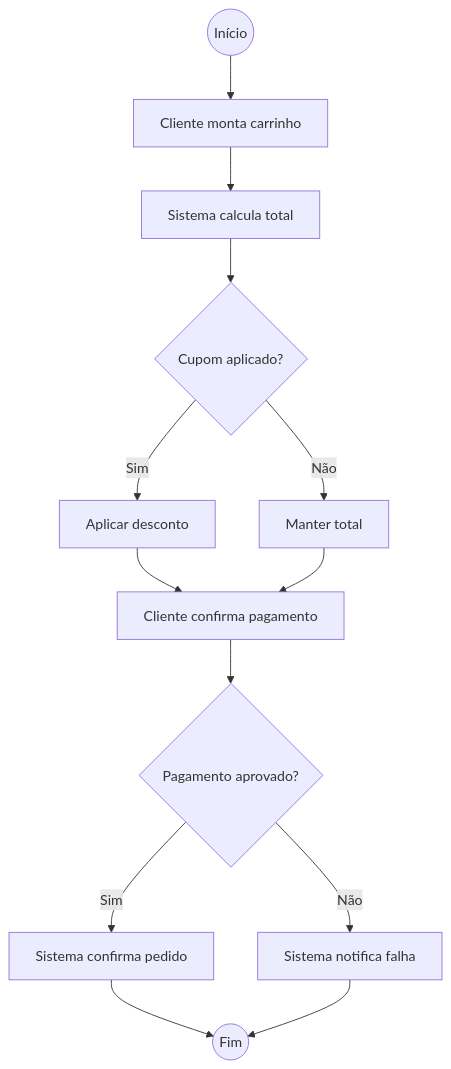
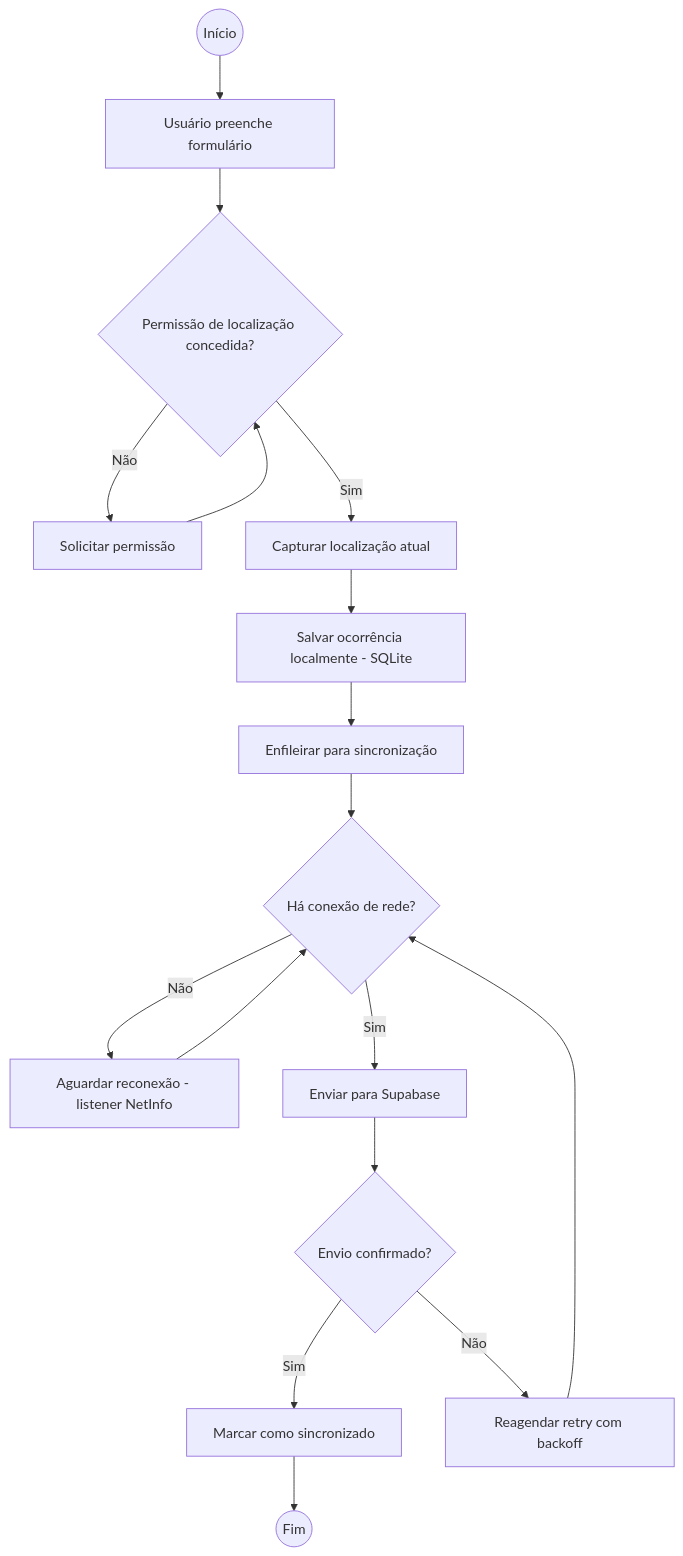
One commit to JpCobraC/SindiFlow changed the ninth of 10 diagrams in agent_tools/SKILL.md. Above: the diagram before and after it, drawn with Mermaid. The commit also changed other lines of this file and 1 other file, not shown here.

````diff
--- a/agent_tools/SKILL.md
+++ b/agent_tools/SKILL.md
@@ -308,15 +392,19 @@
 ```mermaid
 flowchart TD
-    Start((Início)) --> A1[Cliente monta carrinho]
-    A1 --> A2[Sistema calcula total]
-    A2 --> D1{Cupom aplicado?}
-    D1 -- Sim --> A3[Aplicar desconto]
-    D1 -- Não --> A4[Manter total]
-    A3 --> A5[Cliente confirma pagamento]
-    A4 --> A5
-    A5 --> D2{Pagamento aprovado?}
-    D2 -- Sim --> A6[Sistema confirma pedido]
-    D2 -- Não --> A7[Sistema notifica falha]
-    A6 --> End((Fim))
-    A7 --> End
+    Start((Início)) --> A1[Usuário preenche formulário]
+    A1 --> D1{Permissão de localização concedida?}
+    D1 -- Não --> A2[Solicitar permissão]
+    A2 --> D1
+    D1 -- Sim --> A3[Capturar localização atual]
+    A3 --> A4[Salvar ocorrência localmente - SQLite]
+    A4 --> A5[Enfileirar para sincronização]
+    A5 --> D2{Há conexão de rede?}
+    D2 -- Não --> A6[Aguardar reconexão - listener NetInfo]
+    A6 --> D2
+    D2 -- Sim --> A7[Enviar para Supabase]
+    A7 --> D3{Envio confirmado?}
+    D3 -- Sim --> A8[Marcar como sincronizado]
+    D3 -- Não --> A9[Reagendar retry com backoff]
+    A9 --> D2
+    A8 --> End((Fim))
 ```
````
